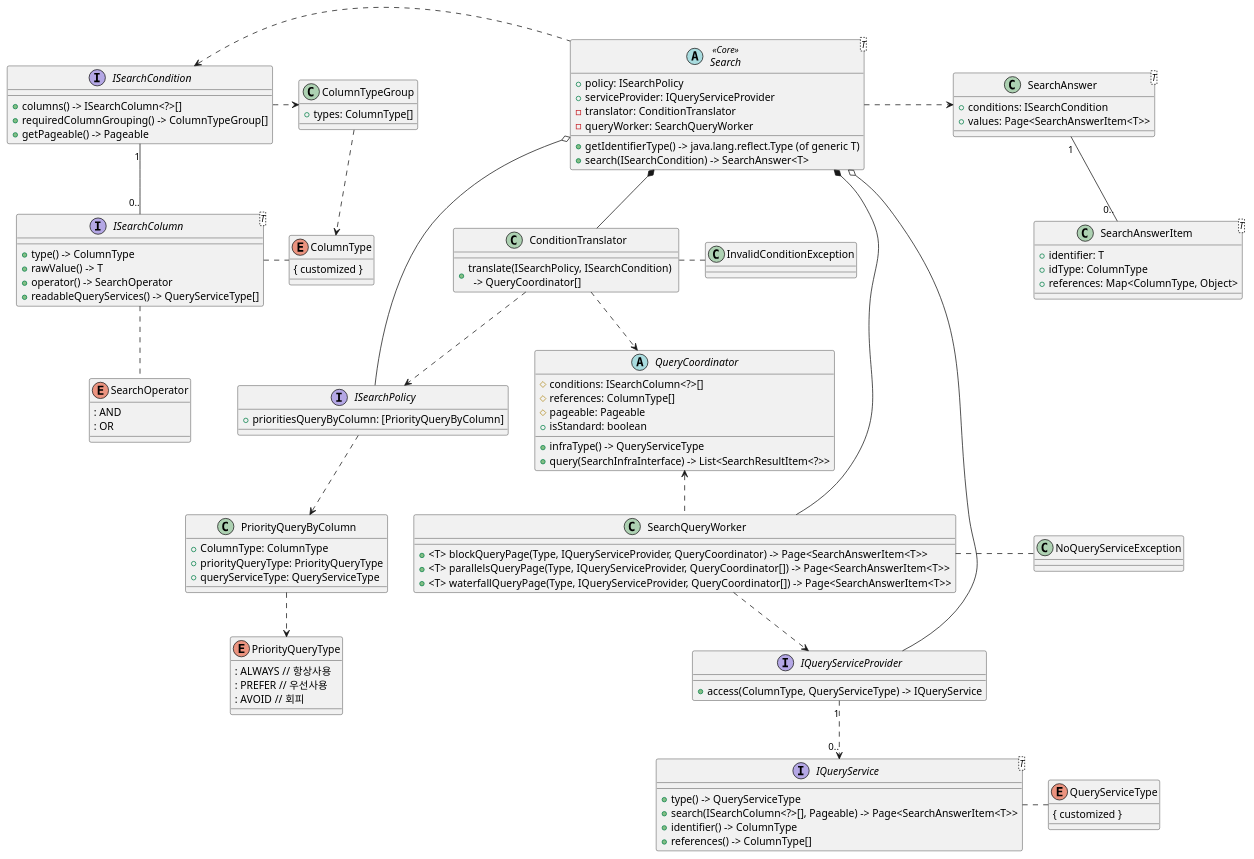
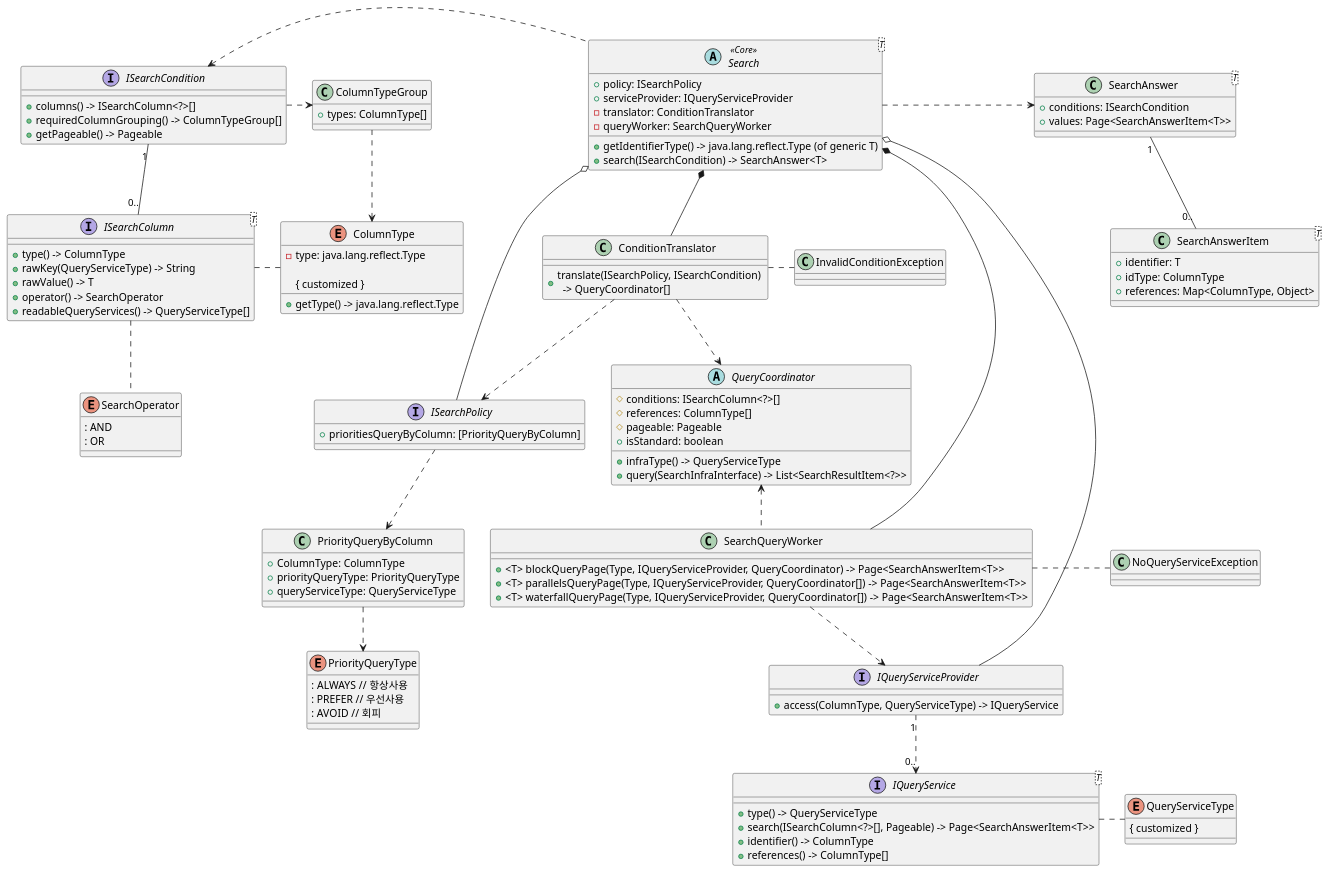
The diagram in src/main/java/net/deanly/structure/search/domain/search/_doc/class_diagram.puml (Deanly/flexible-integrated-searcher), drawn with PlantUML before and after one commit. The commit also changed 34 other files, not shown here.

```diff
--- a/src/main/java/net/deanly/structure/search/domain/search/_doc/class_diagram.puml
+++ b/src/main/java/net/deanly/structure/search/domain/search/_doc/class_diagram.puml
@@ -1,159 +1,164 @@
 @startuml
 
 /' SearchProduct
  - Core Domain
 '/
 abstract Search<T><<Core>> {
     + policy: ISearchPolicy
     + serviceProvider: IQueryServiceProvider
     - translator: ConditionTranslator
     - queryWorker: SearchQueryWorker
 
     + getIdentifierType() -> java.lang.reflect.Type (of generic T)
     + search(ISearchCondition) -> SearchAnswer<T>
 }
 
 /' ISearchCondition
  - 검색 도메인 가시화
  - 검색 조건 정의
  - 버전 관리
 '/
 interface ISearchCondition {
     + columns() -> ISearchColumn<?>[]
     + requiredColumnGrouping() -> ColumnTypeGroup[]
     + getPageable() -> Pageable
 }
 
 class ColumnTypeGroup {
     + types: ColumnType[]
 }
 
 interface ISearchColumn<T> {
     + type() -> ColumnType
+    + rawKey(QueryServiceType) -> String
     + rawValue() -> T
     + operator() -> SearchOperator
     + readableQueryServices() -> QueryServiceType[]
 }
 
 enum ColumnType {
+    - type: java.lang.reflect.Type
+
     { customized }
+
+    + getType() -> java.lang.reflect.Type
 }
 
 enum SearchOperator {
     : AND
     : OR
 }
 
 class SearchAnswer<T> {
     + conditions: ISearchCondition
     + values: Page<SearchAnswerItem<T>>
 }
 
 class SearchAnswerItem<T> {
     + identifier: T
     + idType: ColumnType
     + references: Map<ColumnType, Object>
 }
 
 class ConditionTranslator {
     + translate(ISearchPolicy, ISearchCondition) \n  -> QueryCoordinator[]
 }
 
 class InvalidConditionException
 
 
 /' ISearchPolicyProvider
 '/
 interface ISearchPolicy {
     + prioritiesQueryByColumn: [PriorityQueryByColumn]
 }
 
 class PriorityQueryByColumn {
     + ColumnType: ColumnType
     + priorityQueryType: PriorityQueryType
     + queryServiceType: QueryServiceType
 }
 
 enum PriorityQueryType {
 : ALWAYS // 항상사용
 : PREFER // 우선사용
 : AVOID // 회피
 }
 
 
 class NoQueryServiceException
 
 /' SearchQueryWorker
 '/
 class SearchQueryWorker {
     + <T> blockQueryPage(Type, IQueryServiceProvider, QueryCoordinator) -> Page<SearchAnswerItem<T>>
     + <T> parallelsQueryPage(Type, IQueryServiceProvider, QueryCoordinator[]) -> Page<SearchAnswerItem<T>>
     + <T> waterfallQueryPage(Type, IQueryServiceProvider, QueryCoordinator[]) -> Page<SearchAnswerItem<T>>
 }
 
 /' QueryCoordinator
 '/
 abstract QueryCoordinator {
     # conditions: ISearchColumn<?>[]
     # references: ColumnType[]
     # pageable: Pageable
     + isStandard: boolean
     + infraType() -> QueryServiceType
     + query(SearchInfraInterface) -> List<SearchResultItem<?>>
 }
 
 /' IQueryService
  - 기본 순서는 IQueryServiceProvider 에 정의된 순서.
 '/
 interface IQueryService<T> {
     + type() -> QueryServiceType
     + search(ISearchColumn<?>[], Pageable) -> Page<SearchAnswerItem<T>>
     + identifier() -> ColumnType
     + references() -> ColumnType[]
 }
 
 interface IQueryServiceProvider {
     + access(ColumnType, QueryServiceType) -> IQueryService
 }
 
 enum QueryServiceType {
 { customized }
 }
 
 
 Search .> SearchAnswer
 Search *-- SearchQueryWorker
 Search *-- ConditionTranslator
 Search o--- IQueryServiceProvider
 Search o--- ISearchPolicy
 
 ISearchCondition "1" -- "0.." ISearchColumn
 ISearchCondition <. Search
 ISearchCondition .> ColumnTypeGroup
 
 ISearchColumn . ColumnType
 ISearchColumn .. SearchOperator
 
 ColumnTypeGroup ..> ColumnType
 
 IQueryServiceProvider "1" ..> "0.." IQueryService
 
 IQueryService . QueryServiceType
 
 ISearchPolicy ..> PriorityQueryByColumn
 
 PriorityQueryByColumn ..> PriorityQueryType
 
 ConditionTranslator ..> ISearchPolicy
 
 SearchQueryWorker ..> IQueryServiceProvider
 SearchQueryWorker . NoQueryServiceException
 
 QueryCoordinator <.. SearchQueryWorker
 
 ConditionTranslator ..> QueryCoordinator
 ConditionTranslator . InvalidConditionException
 
 SearchAnswer "1" -- "0.." SearchAnswerItem
 
 @enduml
```
